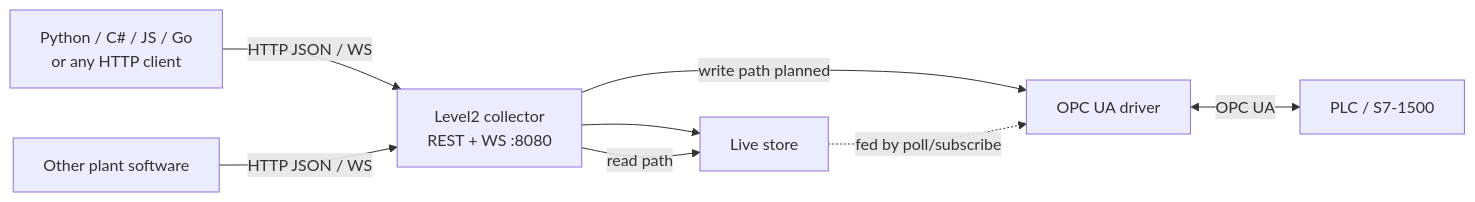
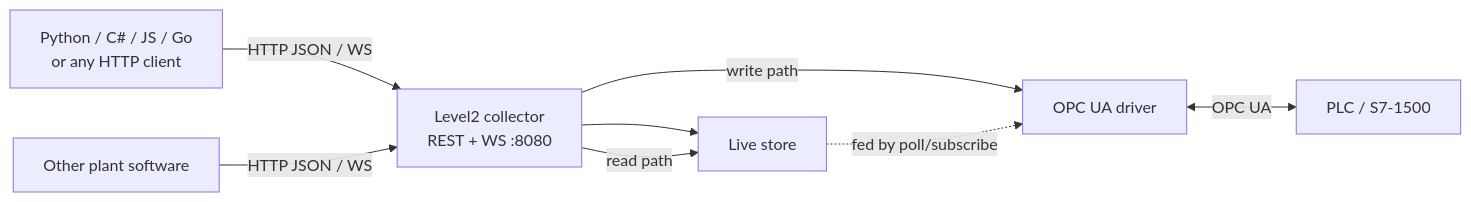
The diagram in docs/external-client-api.md (popelev/level2), drawn with Mermaid before and after one commit. The commit also changed other lines of this file and 28 other files, not shown here.

First line of the commit message:
Add OPC write MVP, OpenAPI contract, and Swagger UI.

````diff
--- a/docs/external-client-api.md
+++ b/docs/external-client-api.md
@@ -13,17 +15,17 @@
 ```mermaid
 flowchart LR
   C1["Python / C# / JS / Go<br/>or any HTTP client"]
   C2["Other plant software"]
   API["Level2 collector<br/>REST + WS :8080"]
   LIVE["Live store"]
   OPC["OPC UA driver"]
   PLC["PLC / S7-1500"]
 
   C1 -->|HTTP JSON / WS| API
   C2 -->|HTTP JSON / WS| API
   API --> LIVE
   API -->|read path| LIVE
-  API -->|write path planned| OPC
+  API -->|write path| OPC
   LIVE -.->|fed by poll/subscribe| OPC
   OPC <-->|OPC UA| PLC
 ```
````
